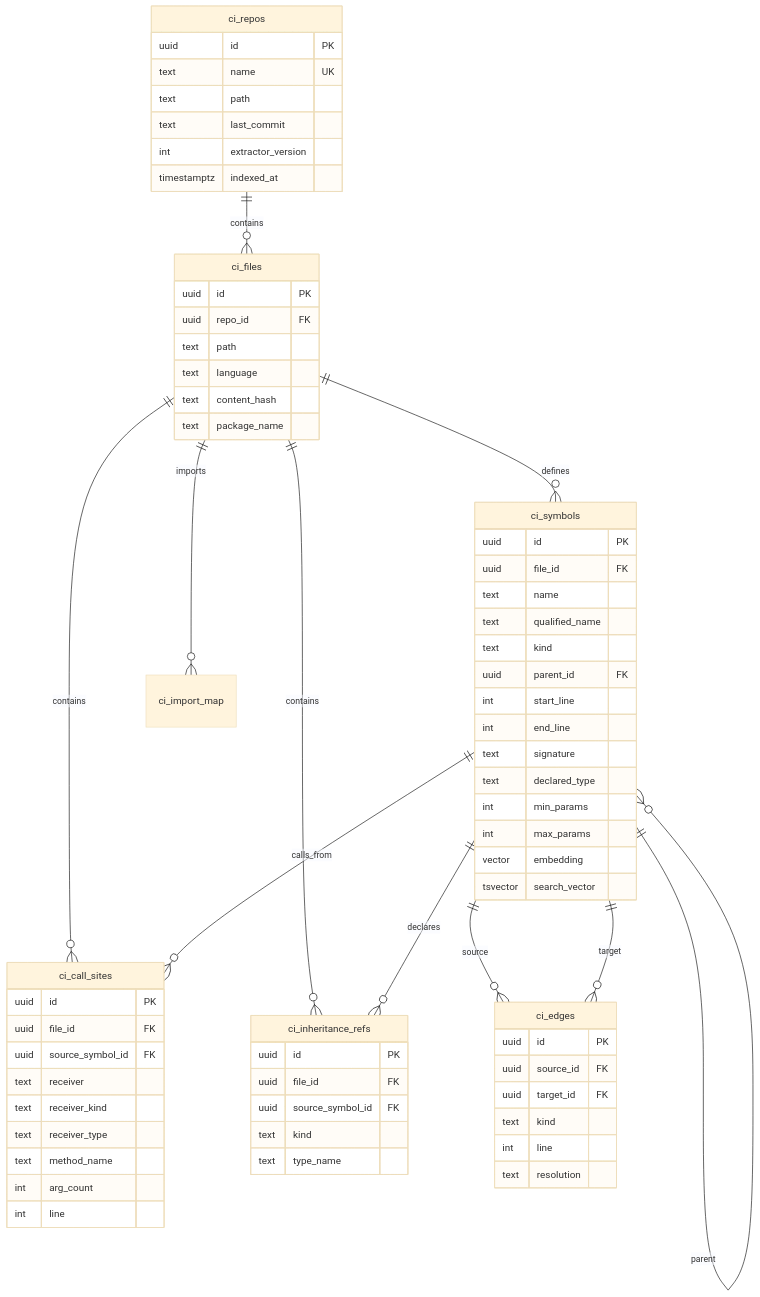
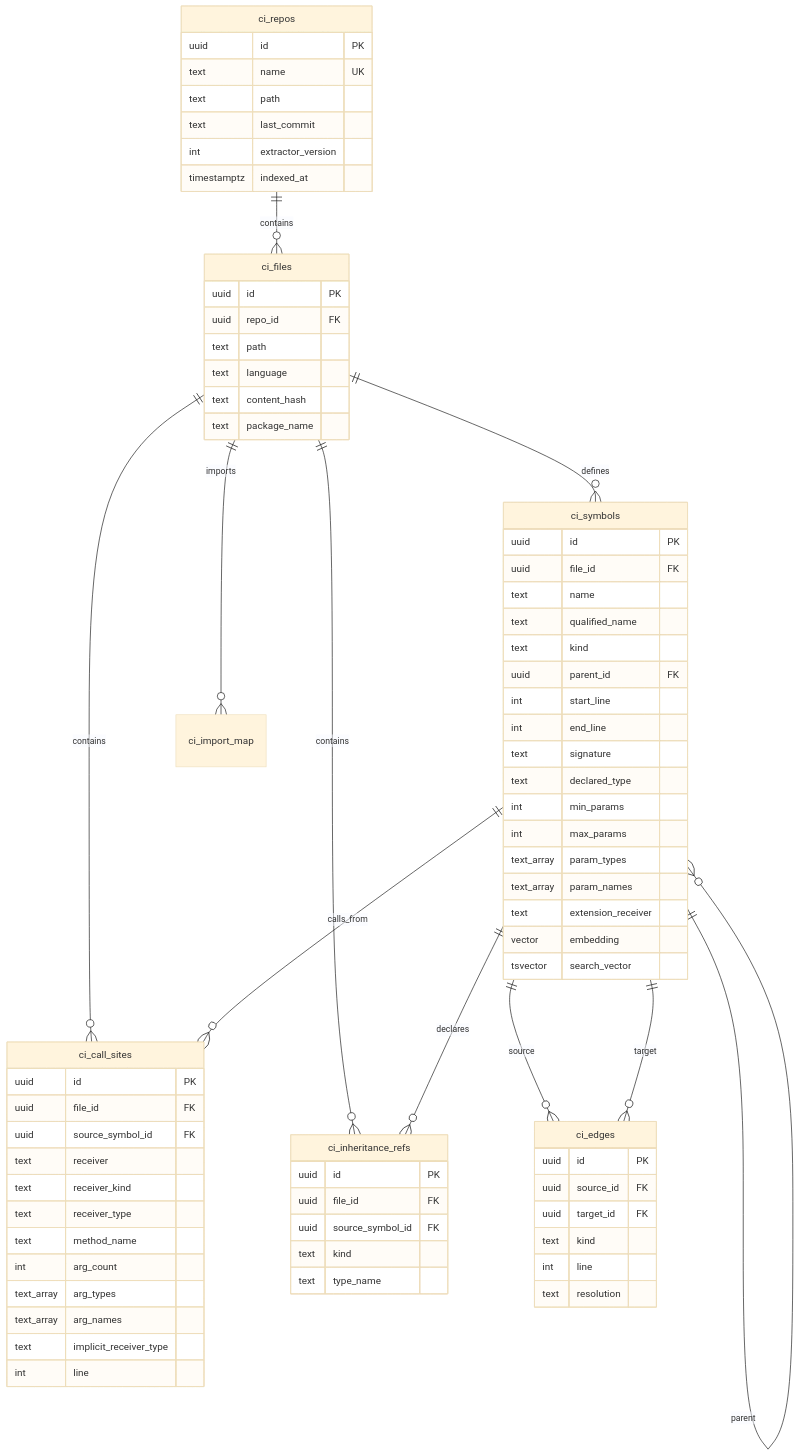
Before and after one commit to RuneLind/yggdrasil: the third of 4 diagrams in README.md, drawn with Mermaid (base theme). The commit also changed other lines of this file and 26 other files, not shown here.

```diff
--- a/README.md
+++ b/README.md
@@ -117,6 +117,9 @@
         text declared_type
         int min_params
         int max_params
+        text_array param_types
+        text_array param_names
+        text extension_receiver
         vector embedding
         tsvector search_vector
     }
@@ -139,6 +142,9 @@
         text receiver_type
         text method_name
         int arg_count
+        text_array arg_types
+        text_array arg_names
+        text implicit_receiver_type
         int line
     }
 
```
